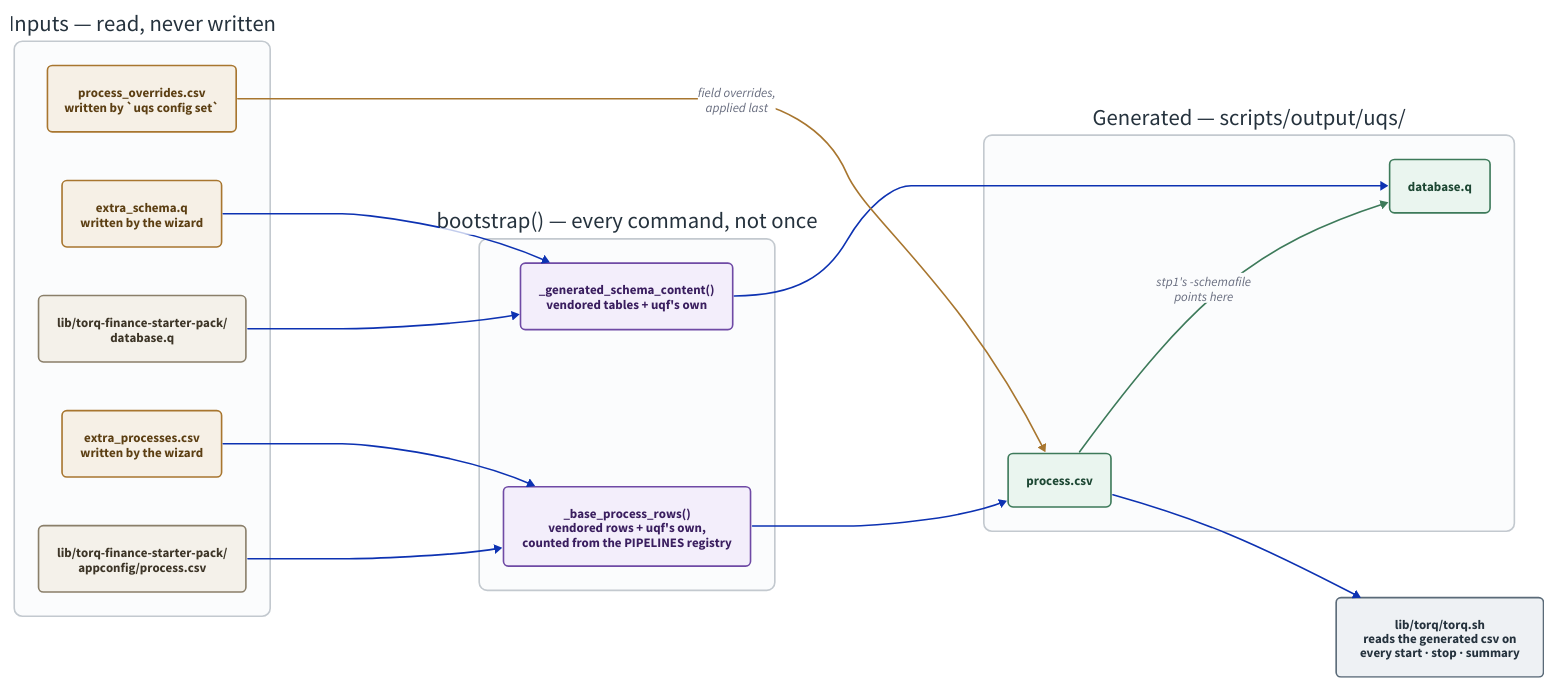
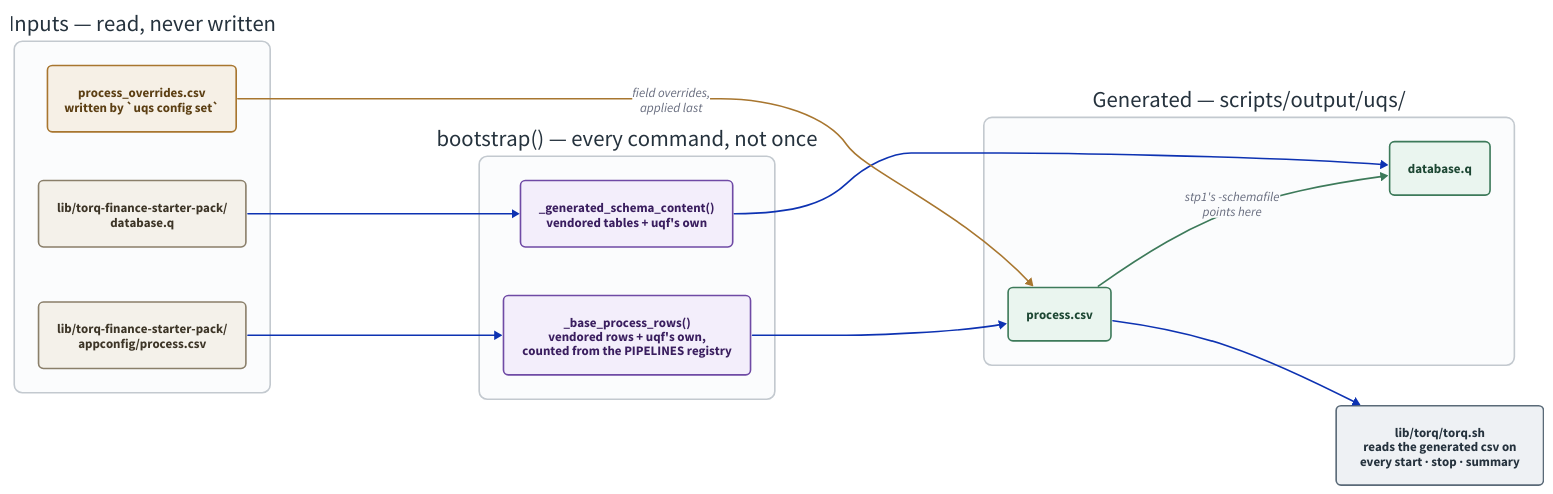
Before and after one commit to kwojdalski/uqf: the diagram in docs/diagrams/config-generation.d2, drawn with D2. The commit also changed 16 other files, not shown here.

```diff
--- a/docs/diagrams/config-generation.d2
+++ b/docs/diagrams/config-generation.d2
@@ -1,128 +1,124 @@
 # config-generation.d2 - how the vendored TorQ config becomes the config the
 # stack actually runs on.
 #
 # Rendered by scripts/generate/render_diagrams.py, which CI runs with
 # --check. Embedded from docs/integrations/torq/README.md.
 #
 # THE RULE THIS DRAWS is H-01: the vendored trees are never written to. Read
 # the vendored file fresh, generate an extended copy, point the running
 # process at the copy. An edit to lib/ would work until the next upgrade and
 # then be silently lost, which is the failure the whole arrangement exists
 # to make impossible.
 #
 # The other thing worth seeing is that there is no setup step. bootstrap()
 # regenerates both outputs on EVERY command - start, stop, summary, all of
 # them - so the generated files are always a fresh function of the vendored
 # tree plus the three small tracked extension files. Nothing here is a state
 # you can get out of sync; the only way to change the output is to change an
 # input.
 
 direction: right
 
 vars: {
   d2-config: {
     pad: 40
   }
 }
 
 classes: {
   vendored: {
     style: {
       fill: "#f4f1ea"
       stroke: "#8a7f6a"
       font-color: "#3d3527"
       border-radius: 6
     }
   }
   tracked: {
     style: {
       fill: "#f6f0e6"
       stroke: "#a8762f"
       font-color: "#5c3f13"
       border-radius: 6
     }
   }
   step: {
     style: {
       fill: "#f3eefb"
       stroke: "#6f4aa5"
       font-color: "#3a1e5f"
       border-radius: 6
     }
   }
   generated: {
     style: {
       fill: "#eaf5ef"
       stroke: "#3d7a5a"
       font-color: "#1d4733"
       border-radius: 6
     }
   }
   consumer: {
     style: {
       fill: "#eef1f4"
       stroke: "#5a6a78"
       font-color: "#25323d"
       border-radius: 6
     }
   }
 }
 
 inputs: "Inputs — read, never written" {
   style: {
     fill: "#fbfcfd"
     stroke: "#c3c9cf"
     stroke-width: 2
     border-radius: 10
     font-color: "#25323d"
   }
 
   # Declared in the order they are consumed - the process.csv inputs, then
   # the database.q ones - so dagre keeps each group near the step it feeds.
   vendored_csv: "lib/torq-finance-starter-pack/\nappconfig/process.csv" { class: vendored }
-  extra_procs: "extra_processes.csv\nwritten by the wizard" { class: tracked }
   overrides: "process_overrides.csv\nwritten by `uqs config set`" { class: tracked }
   vendored_schema: "lib/torq-finance-starter-pack/\ndatabase.q" { class: vendored }
-  extra_schema: "extra_schema.q\nwritten by the wizard" { class: tracked }
 }
 
 bootstrap: "bootstrap() — every command, not once" {
   style: {
     fill: "#fbfcfd"
     stroke: "#c3c9cf"
     stroke-width: 2
     border-radius: 10
     font-color: "#25323d"
   }
 
   rows: "_base_process_rows()\nvendored rows + uqf's own,\ncounted from the PIPELINES registry" { class: step }
   schema: "_generated_schema_content()\nvendored tables + uqf's own" { class: step }
 }
 
 outputs: "Generated — scripts/output/uqs/" {
   style: {
     fill: "#fbfcfd"
     stroke: "#c3c9cf"
     stroke-width: 2
     border-radius: 10
     font-color: "#25323d"
   }
 
   gen_csv: "process.csv" { class: generated }
   gen_schema: "database.q" { class: generated }
 
   gen_csv -> gen_schema: "stp1's -schemafile\npoints here" { style.stroke: "#3d7a5a" }
 }
 
 torqsh: "lib/torq/torq.sh\nreads the generated csv on\nevery start · stop · summary" { class: consumer }
 
 inputs.vendored_csv -> bootstrap.rows
-inputs.extra_procs -> bootstrap.rows
 inputs.vendored_schema -> bootstrap.schema
-inputs.extra_schema -> bootstrap.schema
 
 bootstrap.rows -> outputs.gen_csv
 bootstrap.schema -> outputs.gen_schema
 inputs.overrides -> outputs.gen_csv: "field overrides,\napplied last" { style.stroke: "#a8762f" }
 
 outputs.gen_csv -> torqsh
```
